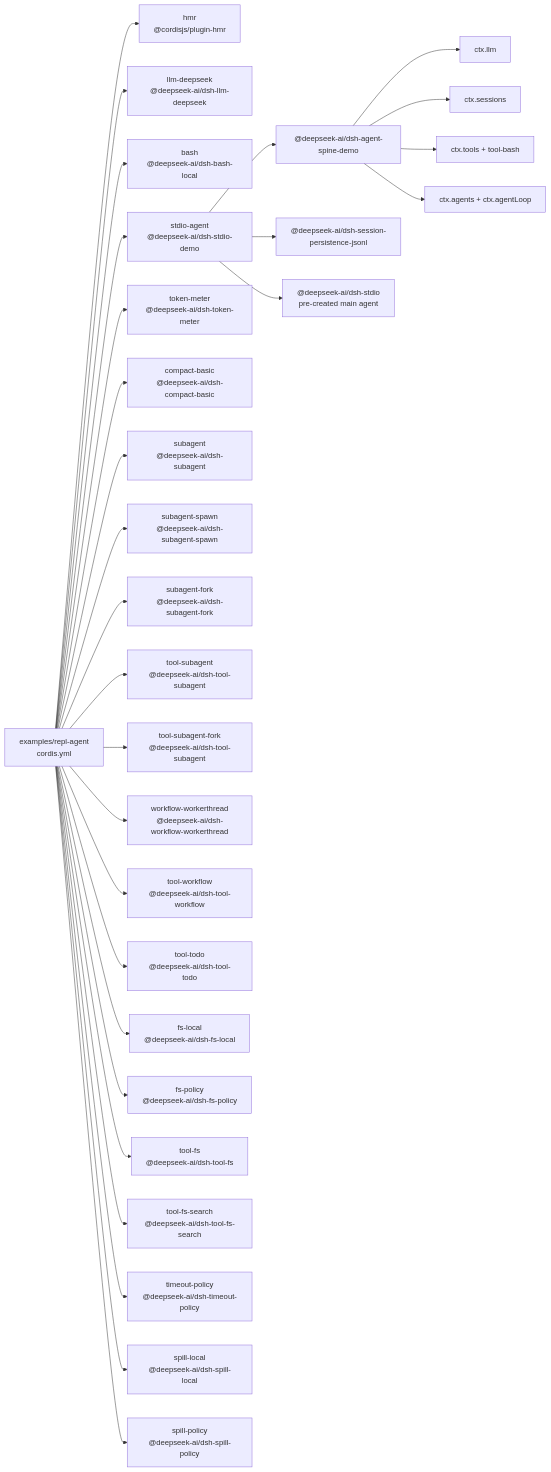
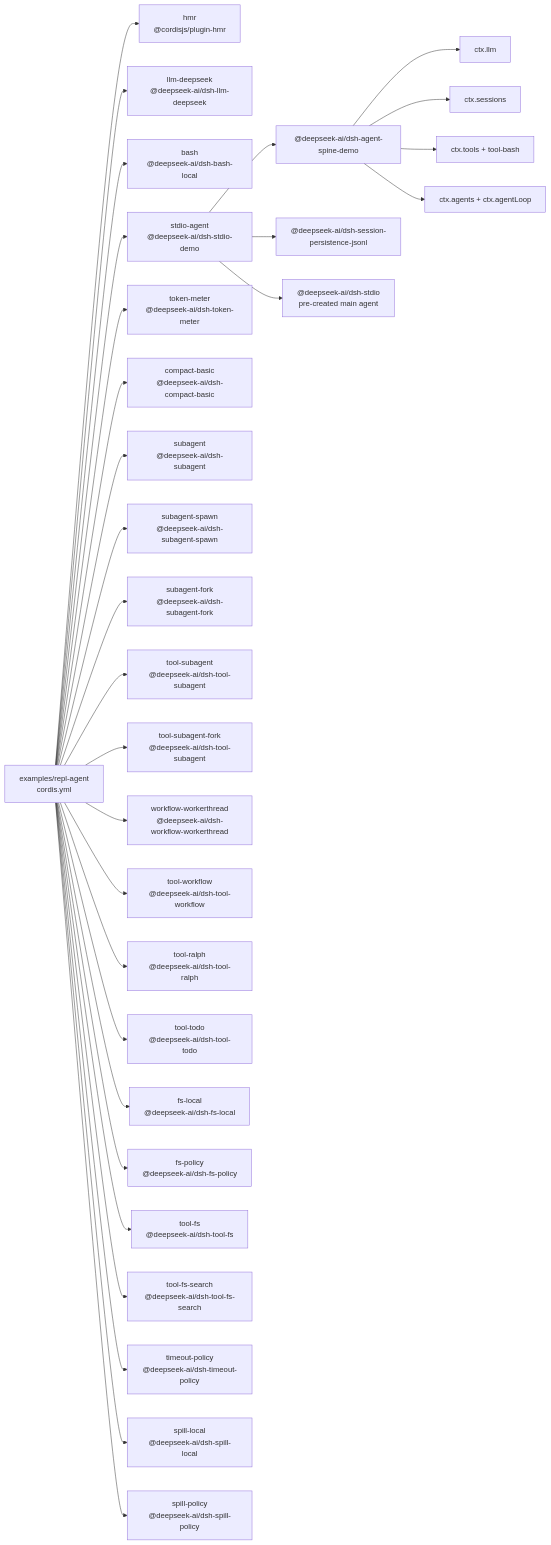
One commit to 007M7/DeepCode changed the diagram in examples/repl-agent/composition.md. Above: the diagram before and after it, drawn with Mermaid. The commit also changed other lines of this file and 57 other files, not shown here.

Commit message:
feat(workflow): add fresh-agent Ralph tool

````diff
--- a/examples/repl-agent/composition.md
+++ b/examples/repl-agent/composition.md
@@ -8,53 +8,55 @@
 ```mermaid
 flowchart LR
   cfg["examples/repl-agent<br/>cordis.yml"]
   plugin_repl_hmr["hmr<br/>@cordisjs/plugin-hmr"]
   cfg --> plugin_repl_hmr
   plugin_repl_llm_deepseek["llm-deepseek<br/>@deepseek-ai/dsh-llm-deepseek"]
   cfg --> plugin_repl_llm_deepseek
   plugin_repl_bash["bash<br/>@deepseek-ai/dsh-bash-local"]
   cfg --> plugin_repl_bash
   plugin_repl_stdio_agent["stdio-agent<br/>@deepseek-ai/dsh-stdio-demo"]
   cfg --> plugin_repl_stdio_agent
   plugin_repl_stdio_agent --> bundle_agent_core["@deepseek-ai/dsh-agent-spine-demo"]
   plugin_repl_stdio_agent --> bundle_jsonl["@deepseek-ai/dsh-session-persistence-jsonl"]
   plugin_repl_stdio_agent --> frontdoor_stdio["@deepseek-ai/dsh-stdio<br/>pre-created main agent"]
   bundle_agent_core --> spine_llm["ctx.llm"]
   bundle_agent_core --> spine_sessions["ctx.sessions"]
   bundle_agent_core --> spine_tools["ctx.tools + tool-bash"]
   bundle_agent_core --> spine_loop["ctx.agents + ctx.agentLoop"]
   plugin_repl_token_meter["token-meter<br/>@deepseek-ai/dsh-token-meter"]
   cfg --> plugin_repl_token_meter
   plugin_repl_compact_basic["compact-basic<br/>@deepseek-ai/dsh-compact-basic"]
   cfg --> plugin_repl_compact_basic
   plugin_repl_subagent["subagent<br/>@deepseek-ai/dsh-subagent"]
   cfg --> plugin_repl_subagent
   plugin_repl_subagent_spawn["subagent-spawn<br/>@deepseek-ai/dsh-subagent-spawn"]
   cfg --> plugin_repl_subagent_spawn
   plugin_repl_subagent_fork["subagent-fork<br/>@deepseek-ai/dsh-subagent-fork"]
   cfg --> plugin_repl_subagent_fork
   plugin_repl_tool_subagent["tool-subagent<br/>@deepseek-ai/dsh-tool-subagent"]
   cfg --> plugin_repl_tool_subagent
   plugin_repl_tool_subagent_fork["tool-subagent-fork<br/>@deepseek-ai/dsh-tool-subagent"]
   cfg --> plugin_repl_tool_subagent_fork
   plugin_repl_workflow_workerthread["workflow-workerthread<br/>@deepseek-ai/dsh-workflow-workerthread"]
   cfg --> plugin_repl_workflow_workerthread
   plugin_repl_tool_workflow["tool-workflow<br/>@deepseek-ai/dsh-tool-workflow"]
   cfg --> plugin_repl_tool_workflow
+  plugin_repl_tool_ralph["tool-ralph<br/>@deepseek-ai/dsh-tool-ralph"]
+  cfg --> plugin_repl_tool_ralph
   plugin_repl_tool_todo["tool-todo<br/>@deepseek-ai/dsh-tool-todo"]
   cfg --> plugin_repl_tool_todo
   plugin_repl_fs_local["fs-local<br/>@deepseek-ai/dsh-fs-local"]
   cfg --> plugin_repl_fs_local
   plugin_repl_fs_policy["fs-policy<br/>@deepseek-ai/dsh-fs-policy"]
   cfg --> plugin_repl_fs_policy
   plugin_repl_tool_fs["tool-fs<br/>@deepseek-ai/dsh-tool-fs"]
   cfg --> plugin_repl_tool_fs
   plugin_repl_tool_fs_search["tool-fs-search<br/>@deepseek-ai/dsh-tool-fs-search"]
   cfg --> plugin_repl_tool_fs_search
   plugin_repl_timeout_policy["timeout-policy<br/>@deepseek-ai/dsh-timeout-policy"]
   cfg --> plugin_repl_timeout_policy
   plugin_repl_spill_local["spill-local<br/>@deepseek-ai/dsh-spill-local"]
   cfg --> plugin_repl_spill_local
   plugin_repl_spill_policy["spill-policy<br/>@deepseek-ai/dsh-spill-policy"]
   cfg --> plugin_repl_spill_policy
 ```
````
